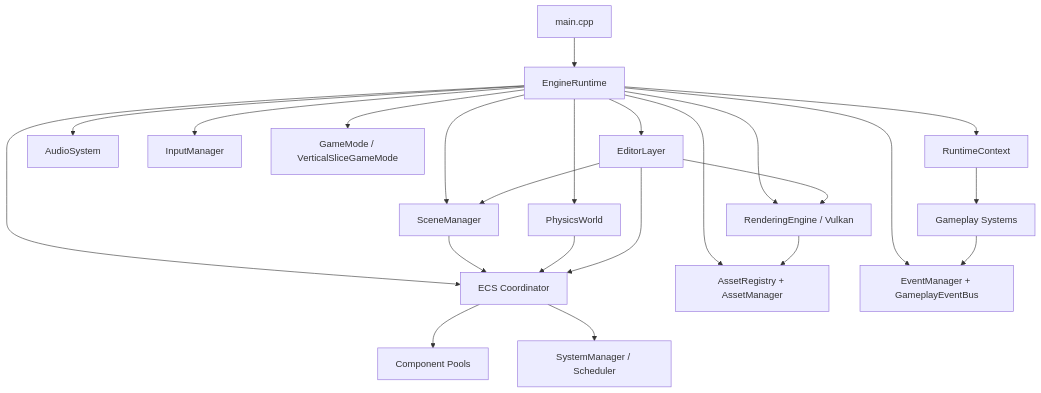
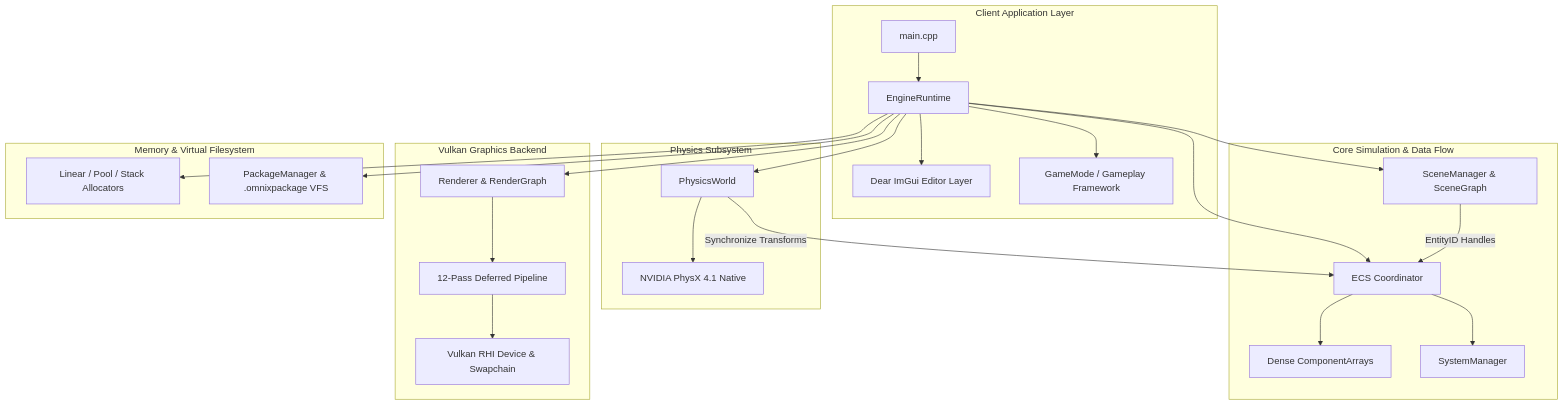
The diagram in README.md (na124441/OmnixEngine), drawn with Mermaid before and after one commit. The commit also changed other lines of this file and 12 other files, not shown here.

Commit message:
release: v0.4 architecture documentation, empirical benchmark suite and report

````diff
--- a/README.md
+++ b/README.md
@@ -92,26 +52,33 @@
 ```mermaid
 graph TD
-    Main[main.cpp] --> Runtime[EngineRuntime]
-    Runtime --> Context[RuntimeContext]
-    Runtime --> ECS[ECS Coordinator]
-    Runtime --> Scene[SceneManager]
-    Runtime --> Physics[PhysicsWorld]
-    Runtime --> Render[RenderingEngine / Vulkan]
-    Runtime --> Assets[AssetRegistry + AssetManager]
-    Runtime --> Audio[AudioSystem]
-    Runtime --> Input[InputManager]
-    Runtime --> Events[EventManager + GameplayEventBus]
-    Runtime --> GameMode[GameMode / VerticalSliceGameMode]
-    Runtime --> Editor[EditorLayer]
+    subgraph Client Application Layer
+        Main[main.cpp] --> Runtime[EngineRuntime]
+        Runtime --> Editor[Dear ImGui Editor Layer]
+        Runtime --> GameMode[GameMode / Gameplay Framework]
+    end
 
-    Context --> GameSystems[Gameplay Systems]
-    ECS --> Components[Component Pools]
-    ECS --> Systems[SystemManager / Scheduler]
-    Scene --> ECS
-    Physics --> ECS
-    Render --> Assets
-    GameSystems --> Events
-    Editor --> Scene
-    Editor --> ECS
-    Editor --> Render
+    subgraph Core Simulation & Data Flow
+        Runtime --> Scene[SceneManager & SceneGraph]
+        Runtime --> ECS[ECS Coordinator]
+        ECS --> CompPools[Dense ComponentArrays<T>]
+        ECS --> SysMgr[SystemManager]
+        Scene -->|EntityID Handles| ECS
+    end
+
+    subgraph Physics Subsystem
+        Runtime --> Physics[PhysicsWorld]
+        Physics --> PhysX[NVIDIA PhysX 4.1 Native]
+        Physics -->|Synchronize Transforms| ECS
+    end
+
+    subgraph Vulkan Graphics Backend
+        Runtime --> Renderer[Renderer & RenderGraph]
+        Renderer --> VHost[12-Pass Deferred Pipeline]
+        VHost --> VDevice[Vulkan RHI Device & Swapchain]
+    end
+
+    subgraph Memory & Virtual Filesystem
+        Runtime --> CoreMem[Linear / Pool / Stack Allocators]
+        Runtime --> PkgMgr[PackageManager & .omnixpackage VFS]
+    end
 ```
````
